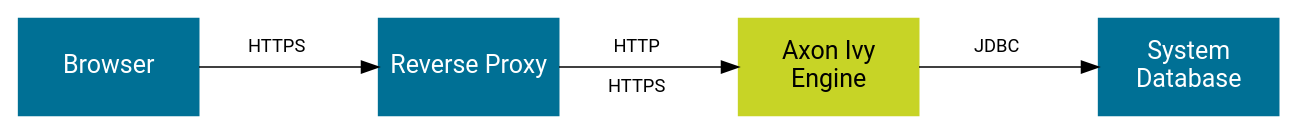
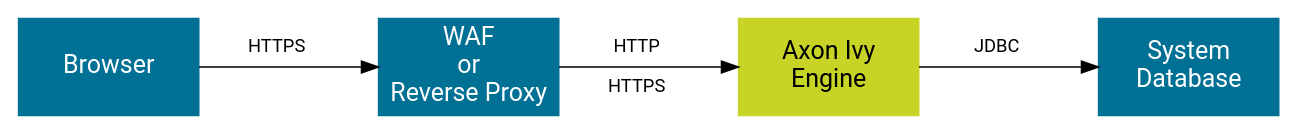
One commit to bernhardAxonIvy/doc changed the diagram in source/engine-guide/security/overview.dot. Above: the diagram before and after it, drawn with Graphviz. The commit also changed 2 other files, not shown here.

```diff
--- a/source/engine-guide/security/overview.dot
+++ b/source/engine-guide/security/overview.dot
@@ -1,23 +1,23 @@
 digraph overview {  
   layout=neato;
 
   node [shape=box, height="0.8", width="2", color="#007095", style=filled, fixedsize="true", margin=0, 
         fontname="Roboto,Helvetica Neue,Arial,sans-serif", fontcolor="white", fontsize=15
        ]; 
   
   /* nodes */
   browser [label="Browser"             pos="0,2.5!", height="0.8", width="1.5"];
-  reverseproxy [label="Reverse Proxy", pos="3,2.5!", height="0.8", width="1.5"];  
+  reverseproxy [label="WAF\nor\nReverse Proxy", pos="3,2.5!", height="0.8", width="1.5"];  
   engine [label="Axon Ivy\nEngine",    pos="6,2.5!", height="0.8", width="1.5", color="#C7D426", fontcolor="black"];   
   systemdb [label="System\nDatabase"   pos="9,2.5!", height="0.8", width="1.5"]
 
   /* edges */
   browser -> reverseproxy;
   reverseproxy -> engine;
   engine -> systemdb;
 
   /* edge labels */
   browser_reverseproxy [label="HTTPS\n \n ",   pos="1.4,2.5!", shape=none, fillcolor=none, fontcolor=black, fontsize=11];
   reverseproxy_engine [label="HTTP\n \nHTTPS", pos="4.4,2.5!", shape=none, fillcolor=none, fontcolor=black, fontsize=11];
   engine_systemdb [label="JDBC\n \n ",         pos="7.4,2.5!", shape=none, fillcolor=none, fontcolor=black, fontsize=11];
 }
```
